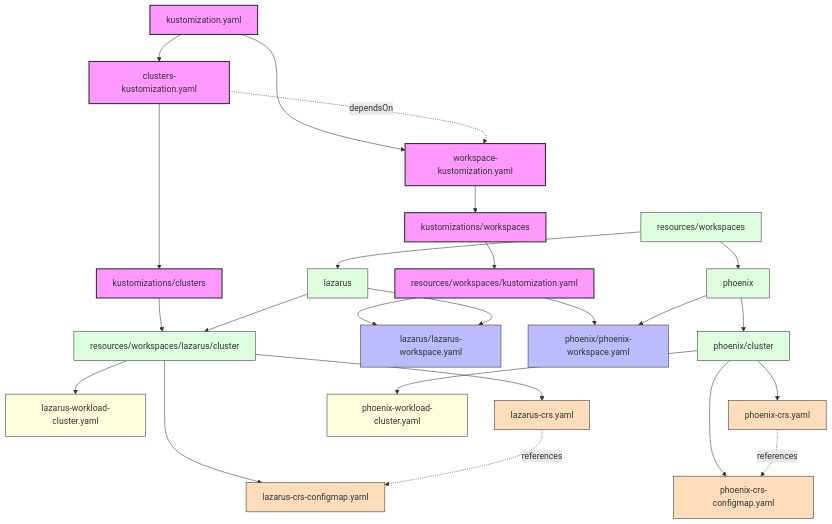
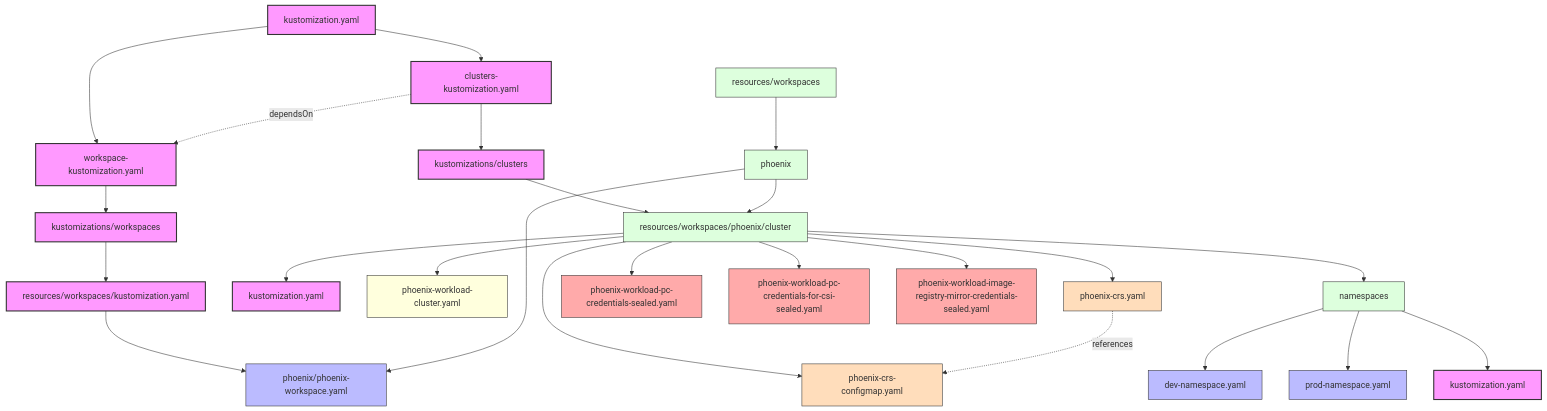
The diagram in README.md (WinsonSou/phoenix-cluster-gitops-pro), drawn with Mermaid before and after one commit. The commit also changed other lines of this file, not shown here.

Commit message:
Remove Lazarus cluster resources and add Phoenix cluster config with namespaces

````diff
--- a/README.md
+++ b/README.md
@@ -9,60 +9,61 @@
 ```mermaid
 graph TD
     %% Main kustomization files
     A[kustomization.yaml] --> B[workspace-kustomization.yaml]
     A --> C[clusters-kustomization.yaml]
     
     %% Workspace kustomization path
     B --> D[kustomizations/workspaces]
     D --> E[resources/workspaces/kustomization.yaml]
     
     %% Clusters kustomization path
     C --> F[kustomizations/clusters]
-    F --> G[resources/workspaces/lazarus/cluster]
+    F --> PC[resources/workspaces/phoenix/cluster]
     
     %% Dependency relationship
     C -.-> |dependsOn| B
     
     %% Resources kustomization
-    E --> WL[lazarus/lazarus-workspace.yaml]
     E --> WP[phoenix/phoenix-workspace.yaml]
     
     %% Workspace directories
-    W[resources/workspaces] --> L[lazarus]
-    W --> P[phoenix]
-    
-    %% Lazarus workspace resources
-    L --> WL
-    L --> G
+    W[resources/workspaces] --> P[phoenix]
     
     %% Phoenix workspace resources
     P --> WP
-    P --> PC[phoenix/cluster]
-    
-    %% Lazarus cluster resources
-    G --> LC[lazarus-workload-cluster.yaml]
-    G --> LCRS[lazarus-crs.yaml]
-    G --> LCRSM[lazarus-crs-configmap.yaml]
+    P --> PC
     
     %% Phoenix cluster resources
+    PC --> PCKU[kustomization.yaml]
     PC --> PCC[phoenix-workload-cluster.yaml]
     PC --> PCRS[phoenix-crs.yaml]
     PC --> PCRSM[phoenix-crs-configmap.yaml]
+    PC --> N[namespaces]
+    PC --> PCRSC[phoenix-workload-pc-credentials-sealed.yaml]
+    PC --> PCRSCI[phoenix-workload-pc-credentials-for-csi-sealed.yaml]
+    PC --> PCRMIR[phoenix-workload-image-registry-mirror-credentials-sealed.yaml]
+    
+    %% Namespace resources
+    N --> ND[dev-namespace.yaml]
+    N --> NP[prod-namespace.yaml]
+    N --> NKU[kustomization.yaml]
     
     %% ClusterResourceSet relationships
-    LCRS -.-> |references| LCRSM
     PCRS -.-> |references| PCRSM
     
     %% Styling
     classDef kustomization fill:#f9f,stroke:#333,stroke-width:2px
     classDef resource fill:#bbf,stroke:#333,stroke-width:1px
     classDef directory fill:#dfd,stroke:#333,stroke-width:1px
     classDef cluster fill:#ffd,stroke:#333,stroke-width:1px
     classDef crs fill:#fdb,stroke:#333,stroke-width:1px
+    classDef namespace fill:#e7f,stroke:#333,stroke-width:1px
+    classDef secret fill:#faa,stroke:#333,stroke-width:1px
     
-    class A,B,C,D,E,F kustomization
-    class W,L,P,G,PC directory
-    class WL,WP resource
-    class LC,PCC cluster
-    class LCRS,PCRS,LCRSM,PCRSM crs
+    class A,B,C,D,E,F,PCKU,NKU kustomization
+    class W,P,PC,N directory
+    class WP,ND,NP resource
+    class PCC cluster
+    class PCRS,PCRSM crs
+    class PCRSC,PCRSCI,PCRMIR secret
 ```
````
